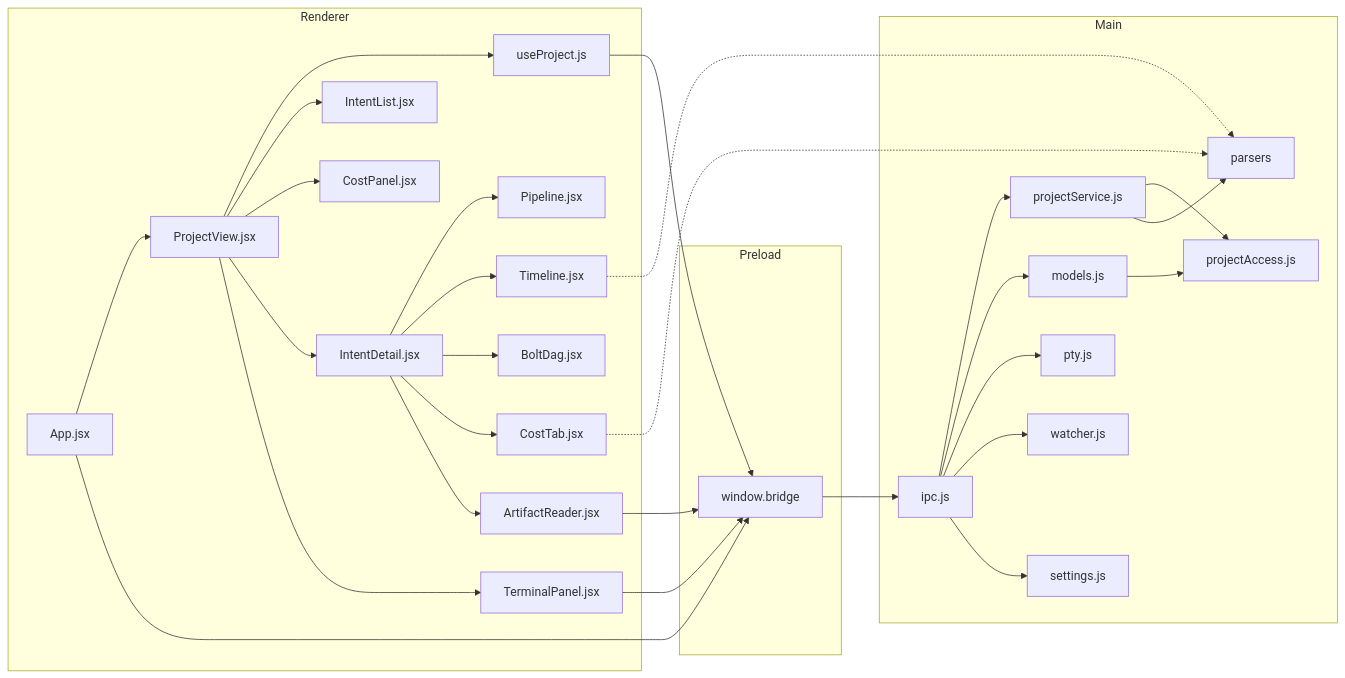
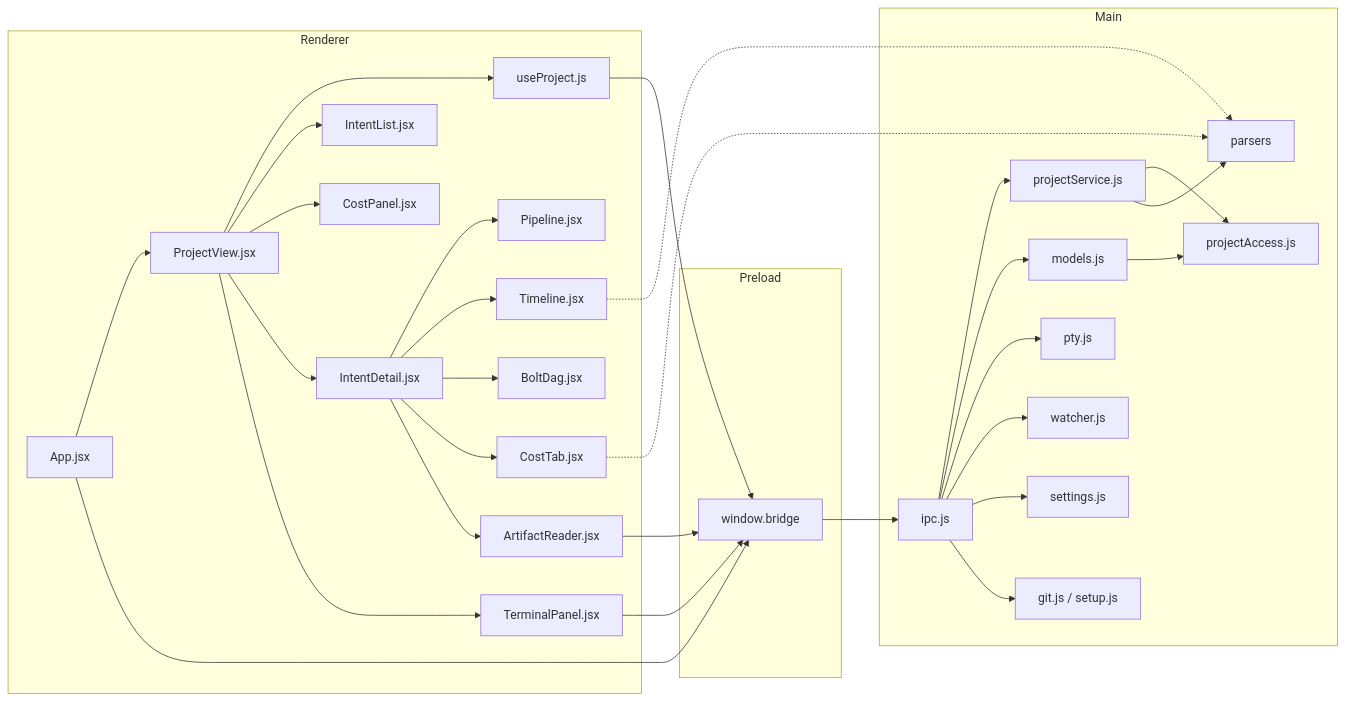
One commit to tochman/ai-dlc-thadeus changed the first of 4 diagrams in aidlc/spaces/default/codekb/aidlc-dash/architecture.md. Above: the diagram before and after it, drawn with Mermaid. The commit also changed other lines of this file and 50 other files, not shown here.

First line of the commit message:
feat: EPIC-03 audit timeline (US-0301, US-0302)

````diff
--- a/aidlc/spaces/default/codekb/aidlc-dash/architecture.md
+++ b/aidlc/spaces/default/codekb/aidlc-dash/architecture.md
@@ -17,36 +19,37 @@
 ```mermaid
 flowchart LR
   subgraph Renderer
     App[App.jsx] --> PV[ProjectView.jsx]
     PV --> UP[useProject.js]
     PV --> IL[IntentList.jsx]
     PV --> CP[CostPanel.jsx]
     PV --> ID[IntentDetail.jsx]
     PV --> TP[TerminalPanel.jsx]
     ID --> PL[Pipeline.jsx]
     ID --> TL[Timeline.jsx]
     ID --> BD[BoltDag.jsx]
     ID --> CT[CostTab.jsx]
     ID --> AR[ArtifactReader.jsx]
   end
   subgraph Preload
     BR[window.bridge]
   end
   subgraph Main
     IPC[ipc.js] --> PS[projectService.js]
     IPC --> MD[models.js]
     IPC --> PTY[pty.js]
     IPC --> WT[watcher.js]
     IPC --> ST[settings.js]
+    IPC --> GT[git.js / setup.js]
     PS --> PA[projectAccess.js]
     MD --> PA
     PS --> PR[parsers]
   end
   App --> BR
   UP --> BR
   TP --> BR
   AR --> BR
   BR --> IPC
   TL -.-> PR
   CT -.-> PR
 ```
````
